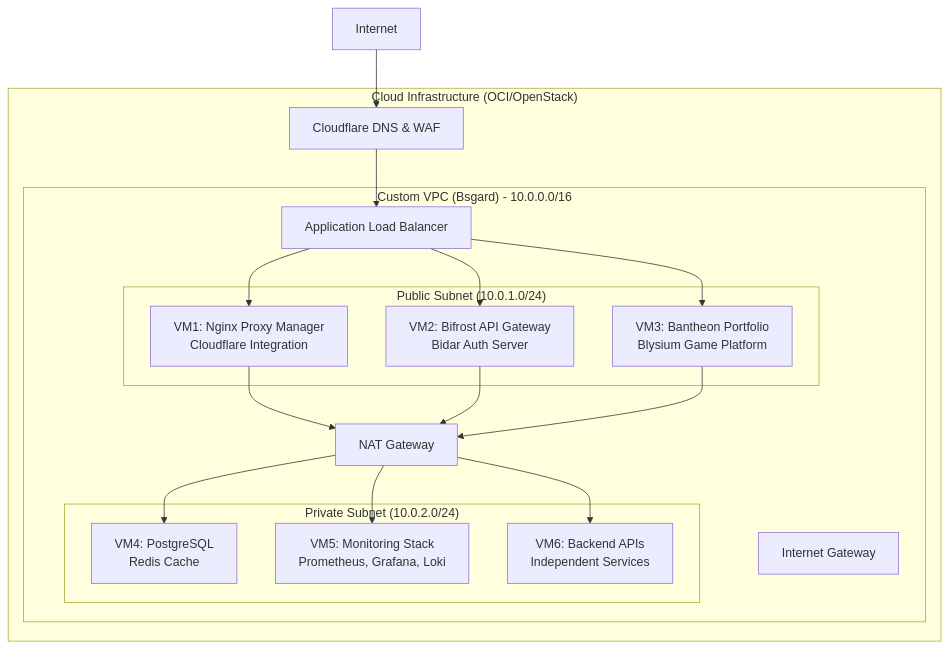
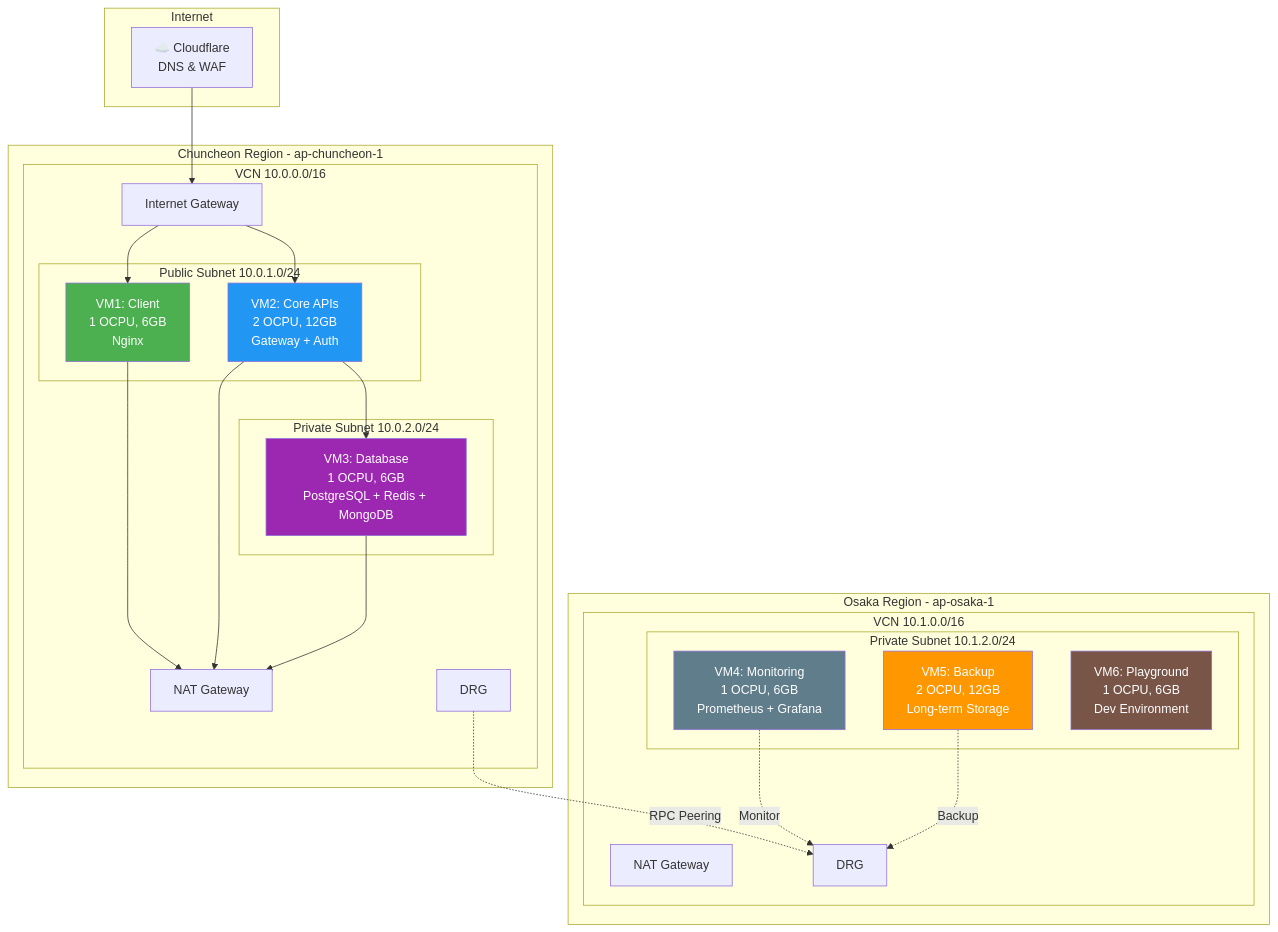
Before and after one commit to BNGdrasil/Baedalus: the diagram in README.md, drawn with Mermaid. The commit also changed other lines of this file and 17 other files, not shown here.

````diff
--- a/README.md
+++ b/README.md
@@ -62,37 +89,52 @@
 ```mermaid
 graph TB
-    subgraph "Cloud Infrastructure (OCI/OpenStack)"
-        subgraph "Custom VPC (Bsgard) - 10.0.0.0/16"
-            subgraph "Public Subnet (10.0.1.0/24)"
-                VM1[VM1: Nginx Proxy Manager<br/>Cloudflare Integration]
-                VM2[VM2: Bifrost API Gateway<br/>Bidar Auth Server]
-                VM3[VM3: Bantheon Portfolio<br/>Blysium Game Platform]
-            end
-            
-            subgraph "Private Subnet (10.0.2.0/24)"
-                VM4[VM4: PostgreSQL<br/>Redis Cache]
-                VM5[VM5: Monitoring Stack<br/>Prometheus, Grafana, Loki]
-                VM6[VM6: Backend APIs<br/>Independent Services]
-            end
-            
-            IGW[Internet Gateway]
-            NAT[NAT Gateway]
-            ALB[Application Load Balancer]
-        end
-        
-        CF[Cloudflare DNS & WAF]
+    subgraph "Internet"
+        CF[☁️ Cloudflare<br/>DNS & WAF]
     end
     
-    Internet --> CF
-    CF --> ALB
-    ALB --> VM1
-    ALB --> VM2
-    ALB --> VM3
+    subgraph "Chuncheon Region - ap-chuncheon-1"
+        subgraph "VCN 10.0.0.0/16"
+            subgraph "Public Subnet 10.0.1.0/24"
+                VM1[VM1: Client<br/>1 OCPU, 6GB<br/>Nginx]
+                VM2[VM2: Core APIs<br/>2 OCPU, 12GB<br/>Gateway + Auth]
+            end
+            subgraph "Private Subnet 10.0.2.0/24"
+                VM3[VM3: Database<br/>1 OCPU, 6GB<br/>PostgreSQL + Redis + MongoDB]
+            end
+            NAT1[NAT Gateway]
+            IGW1[Internet Gateway]
+            DRG1[DRG]
+        end
+    end
     
-    VM1 --> NAT
-    VM2 --> NAT
-    VM3 --> NAT
-    NAT --> VM4
-    NAT --> VM5
-    NAT --> VM6
+    subgraph "Osaka Region - ap-osaka-1"
+        subgraph "VCN 10.1.0.0/16"
+            subgraph "Private Subnet 10.1.2.0/24"
+                VM4[VM4: Monitoring<br/>1 OCPU, 6GB<br/>Prometheus + Grafana]
+                VM5[VM5: Backup<br/>2 OCPU, 12GB<br/>Long-term Storage]
+                VM6[VM6: Playground<br/>1 OCPU, 6GB<br/>Dev Environment]
+            end
+            NAT2[NAT Gateway]
+            DRG2[DRG]
+        end
+    end
+    
+    CF --> IGW1
+    IGW1 --> VM1
+    IGW1 --> VM2
+    VM1 --> NAT1
+    VM2 --> NAT1
+    VM3 --> NAT1
+    
+    VM2 --> VM3
+    DRG1 -.RPC Peering.-> DRG2
+    VM4 -.Monitor.-> DRG2
+    VM5 -.Backup.-> DRG2
+    
+    style VM1 fill:#4CAF50,color:#fff
+    style VM2 fill:#2196F3,color:#fff
+    style VM3 fill:#9C27B0,color:#fff
+    style VM4 fill:#607D8B,color:#fff
+    style VM5 fill:#FF9800,color:#fff
+    style VM6 fill:#795548,color:#fff
 ```
````
